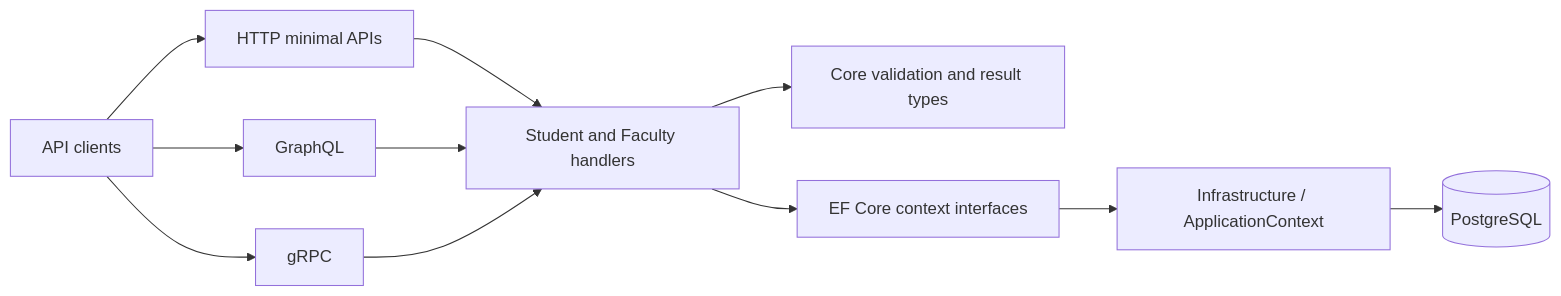
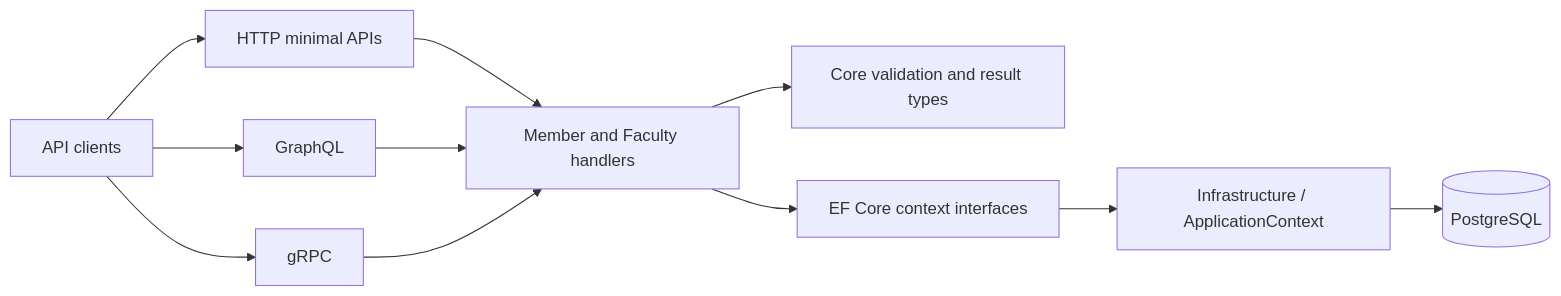
Before and after one commit to MihirJayavant/AlumniService: the diagram in README.md, drawn with Mermaid. The commit also changed other lines of this file and 168 other files, not shown here.

````diff
--- a/README.md
+++ b/README.md
@@ -11,13 +11,13 @@
 ```mermaid
 flowchart LR
     Client[API clients] --> HTTP[HTTP minimal APIs]
     Client --> GraphQL[GraphQL]
     Client --> GRPC[gRPC]
-    HTTP --> Features[Student and Faculty handlers]
+    HTTP --> Features[Member and Faculty handlers]
     GraphQL --> Features
     GRPC --> Features
     Features --> Rules[Core validation and result types]
     Features --> Context[EF Core context interfaces]
     Context --> Infrastructure[Infrastructure / ApplicationContext]
     Infrastructure --> DB[(PostgreSQL)]
 ```
````
